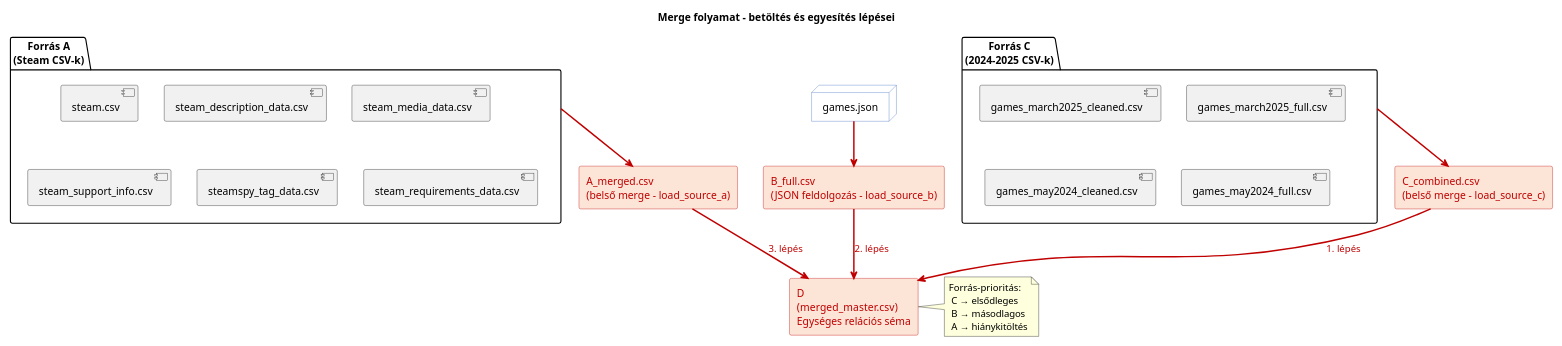
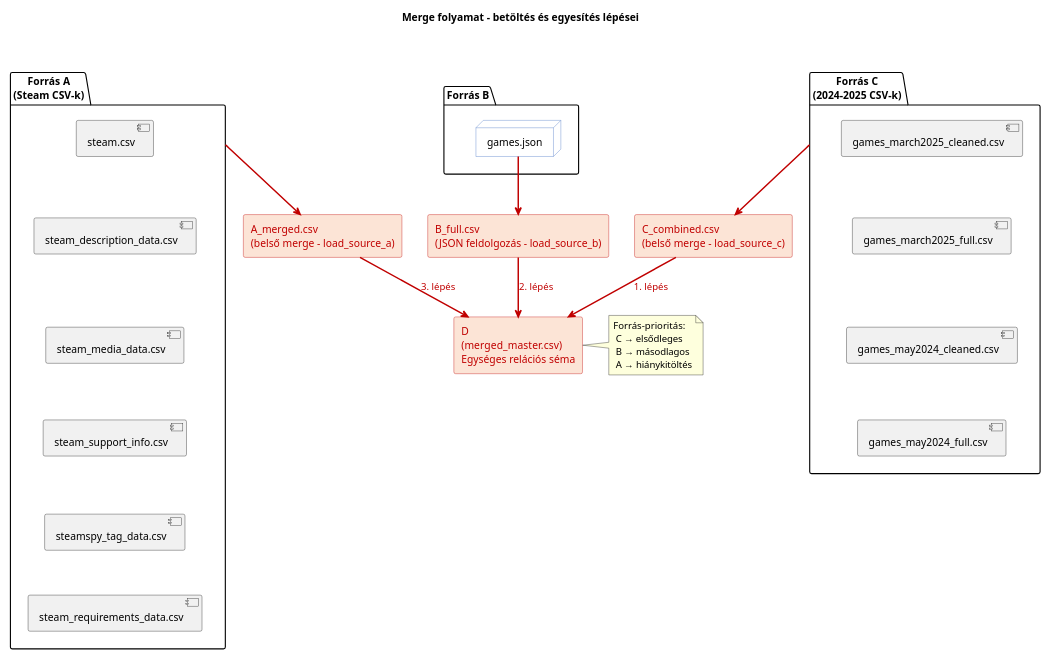
One commit to Ddavid111/videogame-data-analysis changed the diagram in merge/merge.puml. Above: the diagram before and after it, drawn with PlantUML. The commit also changed 43 other files, not shown here.

```diff
--- a/merge/merge.puml
+++ b/merge/merge.puml
@@ -1,77 +1,81 @@
 @startuml
 left to right direction
 top to bottom direction
 scale 0.8
 
 skinparam backgroundColor white
 skinparam rectangle {
     BackgroundColor #FCE4D6
     BorderColor #C00000
     FontColor #C00000
 }
 skinparam node {
     BackgroundColor White
     BorderColor #4472C4
     FontColor Black
 }
 skinparam arrow {
     Color #C00000
     FontColor #C00000
     Thickness 2
 }
 
 title Merge folyamat – betöltés és egyesítés lépései
 
 ' ===========================
 ' A forrás – több CSV egyesítése
 ' ===========================
+
 folder "Forrás A\n(Steam CSV-k)" as A {
-    [steam.csv]
-    [steam_description_data.csv]
-    [steam_media_data.csv]
-    [steam_support_info.csv]
-    [steamspy_tag_data.csv]
-    [steam_requirements_data.csv]
+    [steam.csv] -[hidden]down- [steam_description_data.csv]
+    [steam_description_data.csv] -[hidden]down- [steam_media_data.csv]
+    [steam_media_data.csv] -[hidden]down- [steam_support_info.csv]
+    [steam_support_info.csv] -[hidden]down- [steamspy_tag_data.csv]
+    [steamspy_tag_data.csv] -[hidden]down- [steam_requirements_data.csv]
 }
 
 rectangle "A_merged.csv\n(belső merge – load_source_a)" as A_merged
 A --> A_merged
 
 ' ===========================
 ' B forrás – JSON
 ' ===========================
-node "games.json" as B_json
+folder "Forrás B" as B {
+    node "games.json" as B_json
+}
 rectangle "B_full.csv\n(JSON feldolgozás – load_source_b)" as B_full
 B_json --> B_full
 
 ' ===========================
 ' C forrás – több CSV
 ' ===========================
 folder "Forrás C\n(2024–2025 CSV-k)" as C {
-    [games_march2025_cleaned.csv]
-    [games_march2025_full.csv]
-    [games_may2024_cleaned.csv]
-    [games_may2024_full.csv]
+    [games_march2025_cleaned.csv] -[hidden]down- [games_march2025_full.csv]
+    [games_march2025_full.csv] -[hidden]down- [games_may2024_cleaned.csv]
+    [games_may2024_cleaned.csv] -[hidden]down- [games_may2024_full.csv]
 }
 
 rectangle "C_combined.csv\n(belső merge – load_source_c)" as C_combined
 C --> C_combined
+
+A -[hidden]right- B
+B -[hidden]right- C
 
 ' ===========================
 ' Végső merge
 ' ===========================
 rectangle "D\n(merged_master.csv)\nEgységes relációs séma" as D
 
 note right of D
     Forrás-prioritás:
      C → elsődleges
      B → másodlagos
      A → hiánykitöltés
 end note
 
 ' Függőleges, képernyőbarát elrendezés
 C_combined -down-> D : 1. lépés
 B_full -down-> D : 2. lépés
 A_merged -down-> D : 3. lépés
 
 @enduml
```
